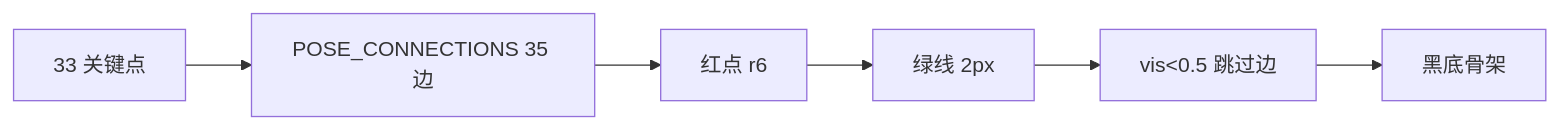
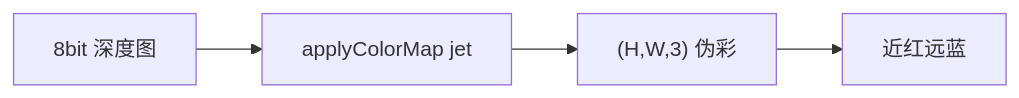
Before and after one commit to aibittek/course_generate_agent: the fourth of 7 diagrams in courses/sheet1/robot_vision/_parts/experiment-10.md, drawn with Mermaid. The commit also changed other lines of this file and 98 other files, not shown here.

````diff
--- a/courses/sheet1/robot_vision/_parts/experiment-10.md
+++ b/courses/sheet1/robot_vision/_parts/experiment-10.md
@@ -323,8 +269,6 @@
 ```mermaid
 graph LR
-    A["33 关键点"] --> B["POSE_CONNECTIONS 35 边"]
-    B --> C[红点 r6]
-    C --> D[绿线 2px]
-    D --> E["vis<0.5 跳过边"]
-    E --> F[黑底骨架]
+    A[8bit 深度图] --> B[applyColorMap jet]
+    B --> C["(H,W,3) 伪彩"]
+    C --> D[近红远蓝]
 ```
````
